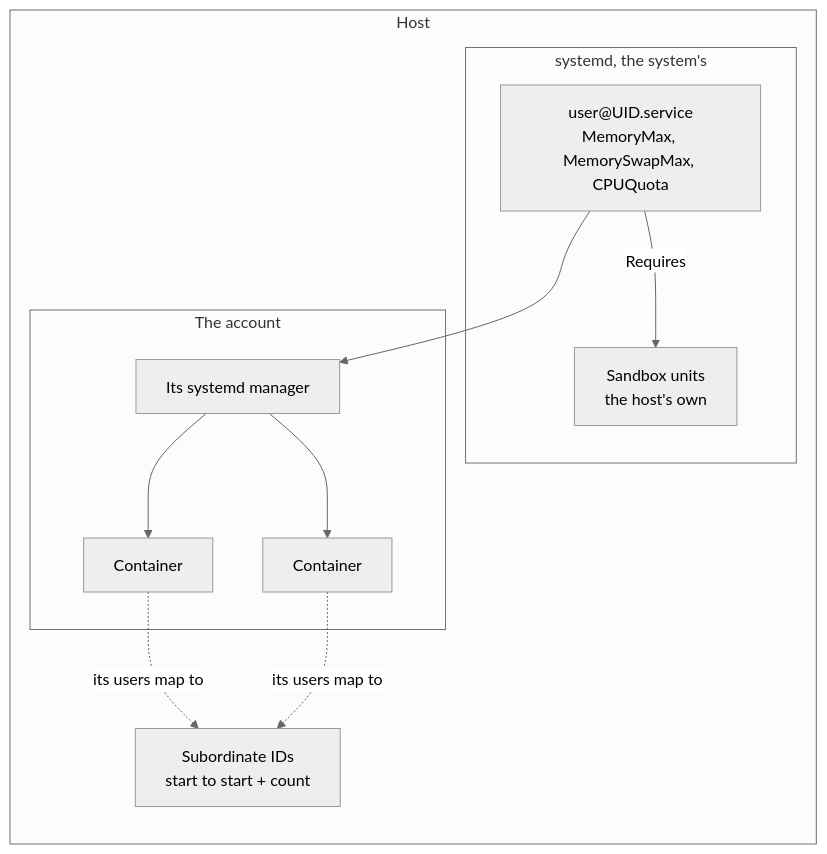
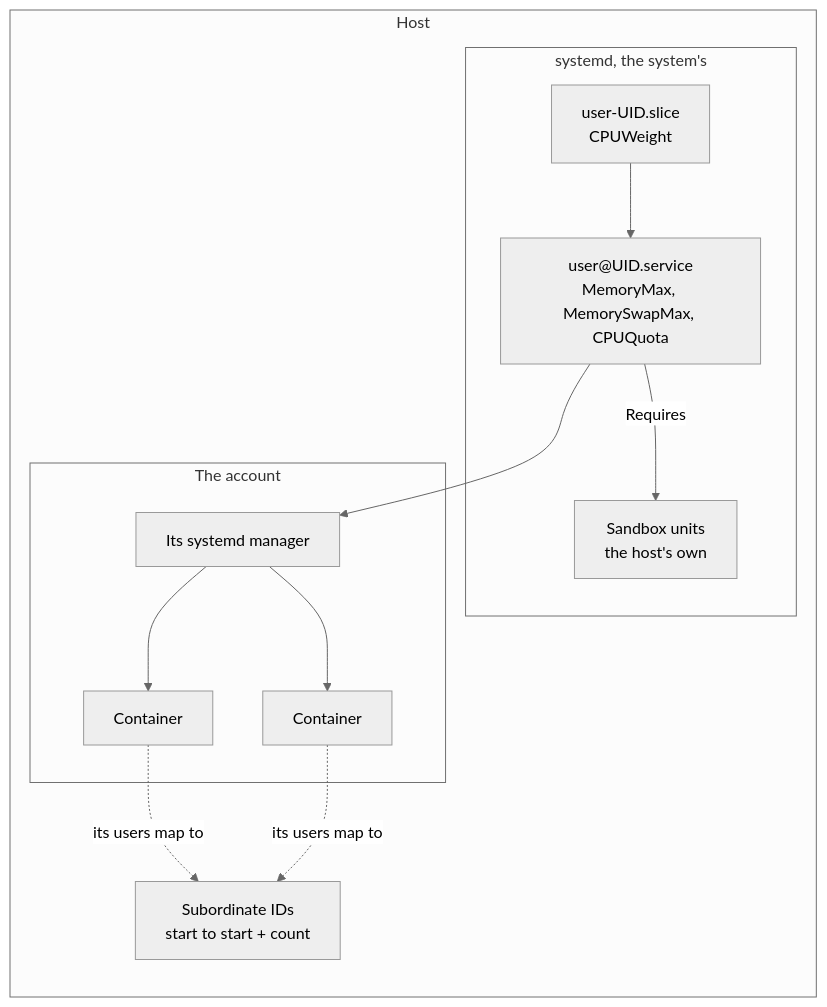
Before and after one commit to Joonalai/ansible-hostkit: the second of 2 diagrams in docs/rootless_account.md, drawn with Mermaid (neutral theme). The commit also changed other lines of this file and 15 other files, not shown here.

````diff
--- a/docs/rootless_account.md
+++ b/docs/rootless_account.md
@@ -40,21 +40,23 @@
 ```mermaid
 flowchart LR
     subgraph Host
         subgraph Sys["systemd, the system's"]
+            US["user-UID.slice<br/>CPUWeight"]
             UM["user@UID.service<br/>MemoryMax, MemorySwapMax, CPUQuota"]
             SB[Sandbox units<br/>the host's own]
         end
         subgraph Acc["The account"]
             MG[Its systemd manager]
             C1[Container]
             C2[Container]
         end
         IDS[Subordinate IDs<br/>start to start + count]
     end
+    US --> UM
     UM --> MG
     UM -->|Requires| SB
     MG --> C1
     MG --> C2
     C1 -.->|its users map to| IDS
     C2 -.->|its users map to| IDS
 ```
````
